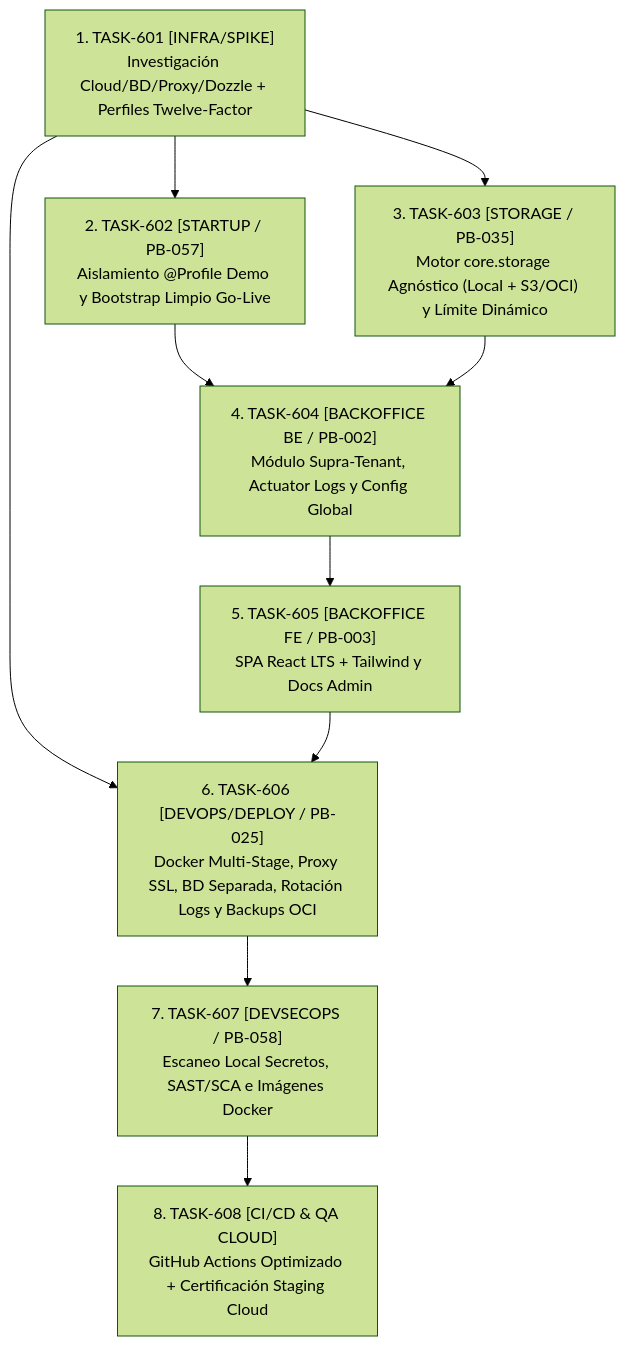
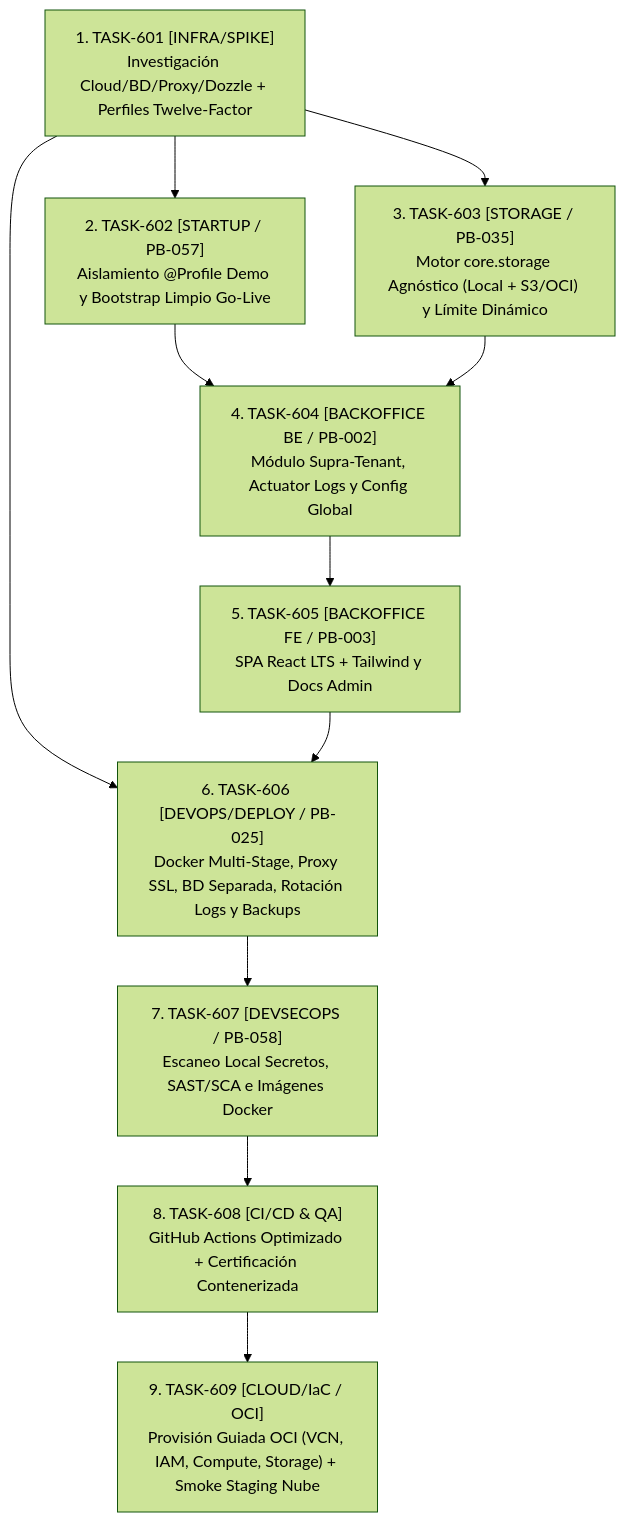
The diagram in docs/project/sprints/sprint_06_planning.md (vakajose/gestion-restaurante), drawn with Mermaid (forest theme) before and after one commit. The commit also changed other lines of this file and 5 other files, not shown here.

Commit message:
docs(sprint6): close TASK-606/607/608 local verification and split OCI rollout into TASK-609

````diff
--- a/docs/project/sprints/sprint_06_planning.md
+++ b/docs/project/sprints/sprint_06_planning.md
@@ -31,12 +31,13 @@
 ```mermaid
 flowchart TD
     T601["1. TASK-601 [INFRA/SPIKE]\nInvestigación Cloud/BD/Proxy/Dozzle + Perfiles Twelve-Factor"] --> T602["2. TASK-602 [STARTUP / PB-057]\nAislamiento @Profile Demo y Bootstrap Limpio Go-Live"]
     T601 --> T603["3. TASK-603 [STORAGE / PB-035]\nMotor core.storage Agnóstico (Local + S3/OCI) y Límite Dinámico"]
     T602 --> T604["4. TASK-604 [BACKOFFICE BE / PB-002]\nMódulo Supra-Tenant, Actuator Logs y Config Global"]
     T603 --> T604
     T604 --> T605["5. TASK-605 [BACKOFFICE FE / PB-003]\nSPA React LTS + Tailwind y Docs Admin"]
-    T601 --> T606["6. TASK-606 [DEVOPS/DEPLOY / PB-025]\nDocker Multi-Stage, Proxy SSL, BD Separada, Rotación Logs y Backups OCI"]
+    T601 --> T606["6. TASK-606 [DEVOPS/DEPLOY / PB-025]\nDocker Multi-Stage, Proxy SSL, BD Separada, Rotación Logs y Backups"]
     T605 --> T606
     T606 --> T607["7. TASK-607 [DEVSECOPS / PB-058]\nEscaneo Local Secretos, SAST/SCA e Imágenes Docker"]
-    T607 --> T608["8. TASK-608 [CI/CD & QA CLOUD]\nGitHub Actions Optimizado + Certificación Staging Cloud"]
+    T607 --> T608["8. TASK-608 [CI/CD & QA]\nGitHub Actions Optimizado + Certificación Contenerizada"]
+    T608 --> T609["9. TASK-609 [CLOUD/IaC / OCI]\nProvisión Guiada OCI (VCN, IAM, Compute, Storage) + Smoke Staging Nube"]
 ```
````
